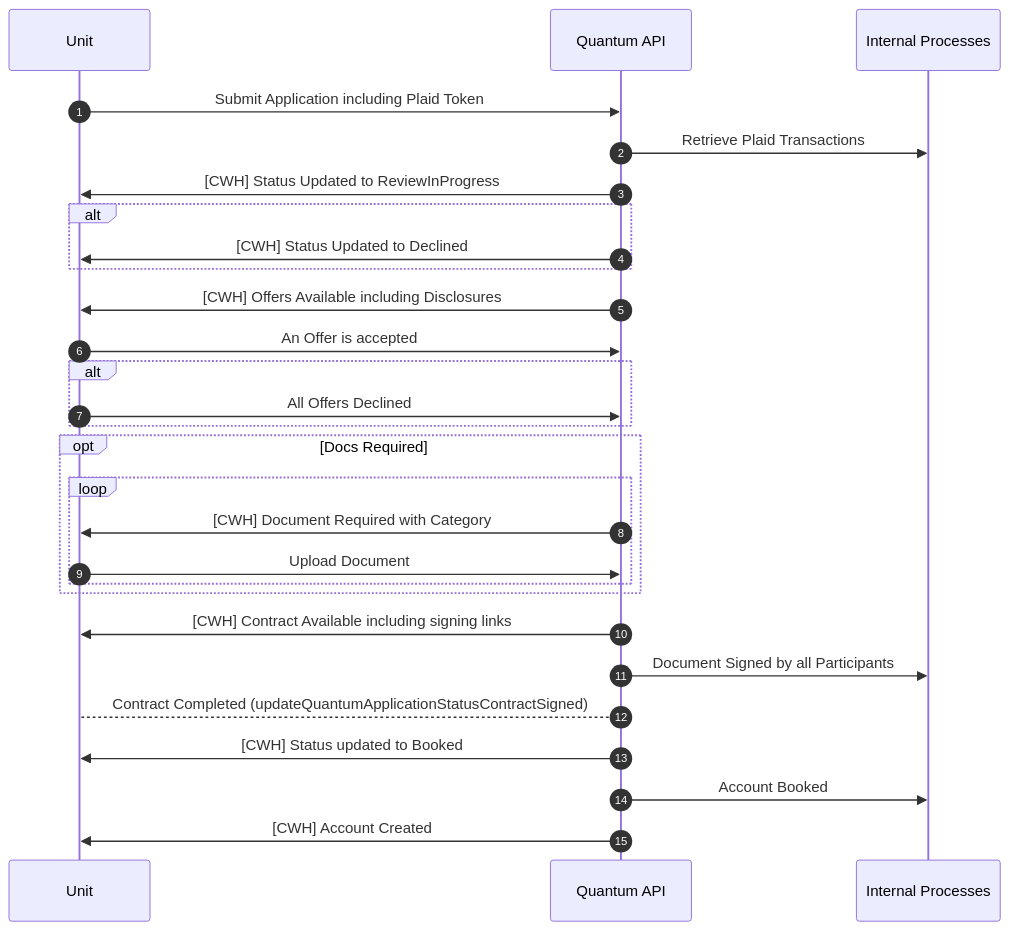
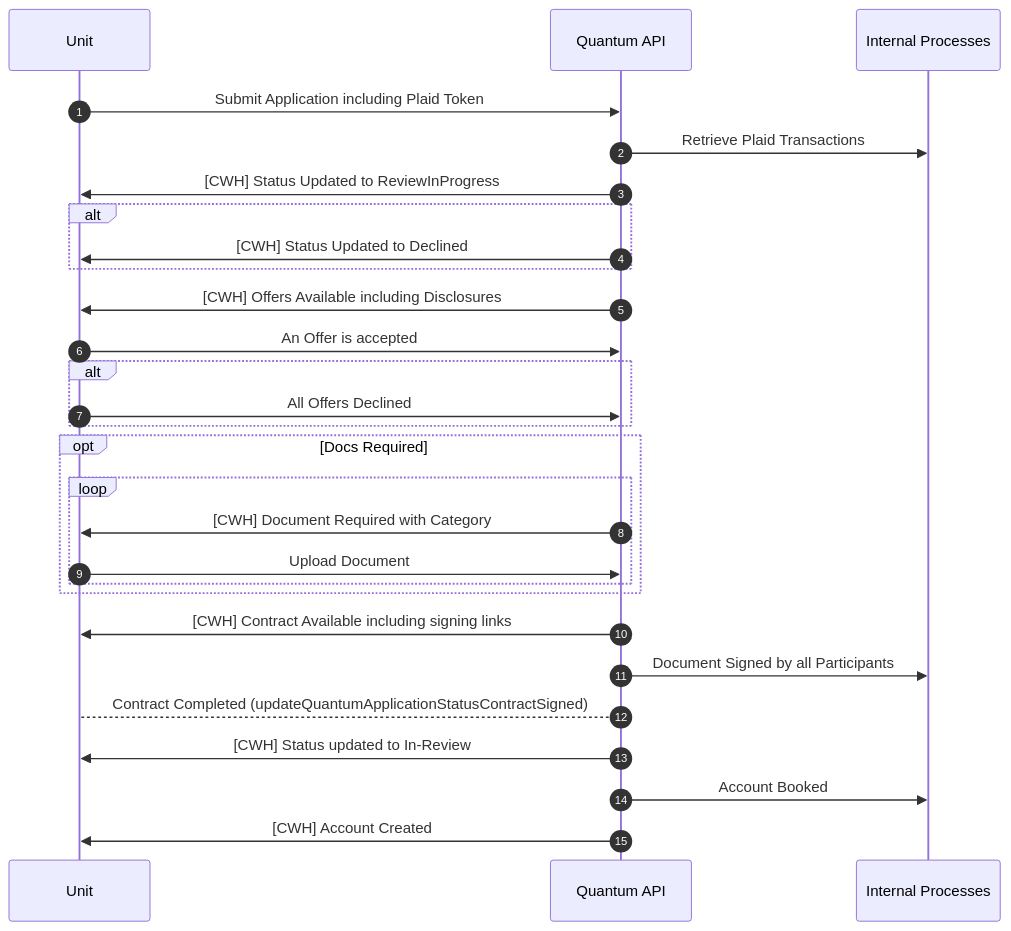
One commit to quantum-jsp/sequence-diagrams-public changed the diagram in Unit_Orginations.md. Above: the diagram before and after it, drawn with Mermaid.

````diff
--- a/Unit_Orginations.md
+++ b/Unit_Orginations.md
@@ -1,33 +1,33 @@
 ```mermaid
 sequenceDiagram
     participant Unit
     participant Quantum API
     participant Internal Processes
     
     autonumber
 
     Unit ->> Quantum API: Submit Application including Plaid Token
     Quantum API ->> Internal Processes: Retrieve Plaid Transactions
     Quantum API ->> Unit: [CWH] Status Updated to ReviewInProgress
     alt 
         Quantum API ->> Unit: [CWH] Status Updated to Declined
     end 
     Quantum API ->> Unit: [CWH] Offers Available including Disclosures
     Unit ->> Quantum API: An Offer is accepted
     alt
         Unit ->> Quantum API: All Offers Declined
     end
     opt Docs Required
         loop
             Quantum API ->> Unit: [CWH] Document Required with Category
             Unit ->> Quantum API: Upload Document
         end
     end
     Quantum API ->> Unit: [CWH] Contract Available including signing links
     Quantum API ->> Internal Processes: Document Signed by all Participants
     Quantum API --> Unit: Contract Completed (updateQuantumApplicationStatusContractSigned)
-    Quantum API ->> Unit: [CWH] Status updated to Booked
+    Quantum API ->> Unit: [CWH] Status updated to In-Review
     Quantum API ->> Internal Processes: Account Booked
     Quantum API ->> Unit: [CWH] Account Created
     
 ```
````
